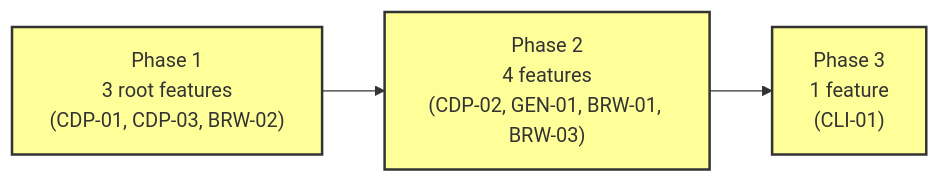
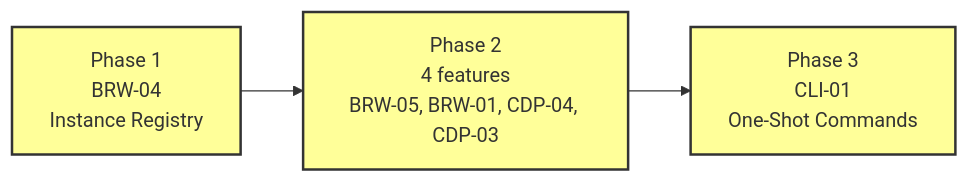
Before and after one commit to captivus/chrome-agent: the diagram in planning/05-implementation-plan.md, drawn with Mermaid. The commit also changed other lines of this file and 2 other files, not shown here.

````diff
--- a/planning/05-implementation-plan.md
+++ b/planning/05-implementation-plan.md
@@ -17,12 +22,12 @@
 ```mermaid
 flowchart LR
-    P1["Phase 1<br/>3 root features<br/>(CDP-01, CDP-03, BRW-02)"]
-    P2["Phase 2<br/>4 features<br/>(CDP-02, GEN-01, BRW-01, BRW-03)"]
-    P3["Phase 3<br/>1 feature<br/>(CLI-01)"]
+    P1["Phase 1<br/>BRW-04<br/>Instance Registry"]
+    P2["Phase 2<br/>4 features<br/>BRW-05, BRW-01, CDP-04, CDP-03"]
+    P3["Phase 3<br/>CLI-01<br/>One-Shot Commands"]
 
     P1 --> P2 --> P3
 
     style P1 fill:#ff9,stroke:#333,stroke-width:2px
     style P2 fill:#ff9,stroke:#333,stroke-width:2px
     style P3 fill:#ff9,stroke:#333,stroke-width:2px
 ```
````
